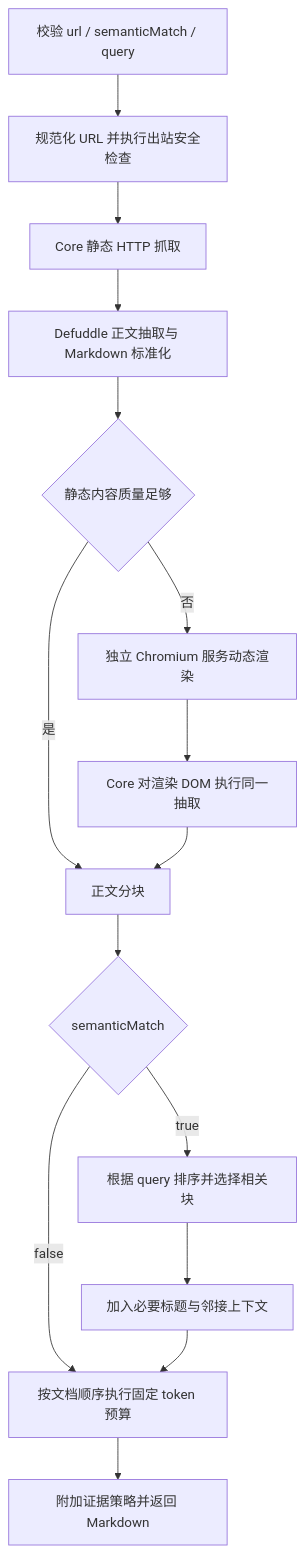
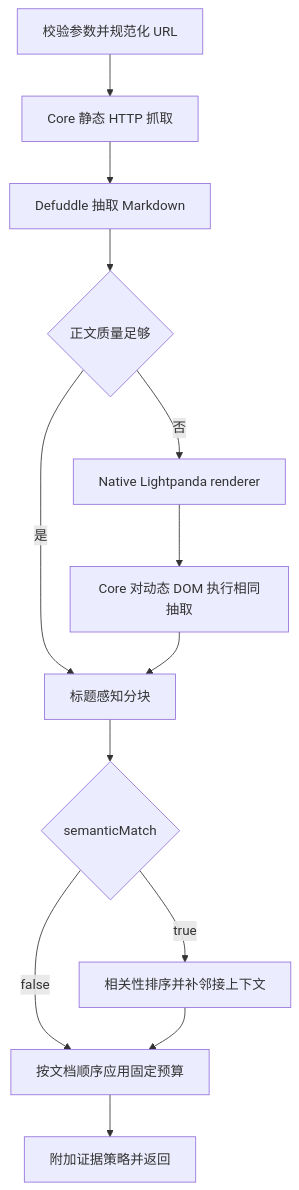
The diagram in docs/design/webfetch.md (CatREFuse/sunabot), drawn with Mermaid before and after one commit. The commit also changed other lines of this file and 323 other files, not shown here.

````diff
--- a/docs/design/webfetch.md
+++ b/docs/design/webfetch.md
@@ -157,17 +78,15 @@
 ```mermaid
 flowchart TD
-    A["校验 url / semanticMatch / query"] --> B["规范化 URL 并执行出站安全检查"]
-    B --> C["Core 静态 HTTP 抓取"]
-    C --> D["Defuddle 正文抽取与 Markdown 标准化"]
-    D --> E{"静态内容质量足够"}
-    E -- "是" --> G["正文分块"]
-    E -- "否" --> F["独立 Chromium 服务动态渲染"]
-    F --> D2["Core 对渲染 DOM 执行同一抽取"]
-    D2 --> G
-    G --> H{"semanticMatch"}
-    H -- "false" --> I["按文档顺序执行固定 token 预算"]
-    H -- "true" --> J["根据 query 排序并选择相关块"]
-    J --> K["加入必要标题与邻接上下文"]
-    K --> I
-    I --> L["附加证据策略并返回 Markdown"]
+    A["校验参数并规范化 URL"] --> B["Core 静态 HTTP 抓取"]
+    B --> C["Defuddle 抽取 Markdown"]
+    C --> D{"正文质量足够"}
+    D -- "是" --> F["标题感知分块"]
+    D -- "否" --> E["Native Lightpanda renderer"]
+    E --> E2["Core 对动态 DOM 执行相同抽取"]
+    E2 --> F
+    F --> G{"semanticMatch"}
+    G -- "false" --> H["按文档顺序应用固定预算"]
+    G -- "true" --> I["相关性排序并补邻接上下文"]
+    I --> H
+    H --> J["附加证据策略并返回"]
 ```
````
